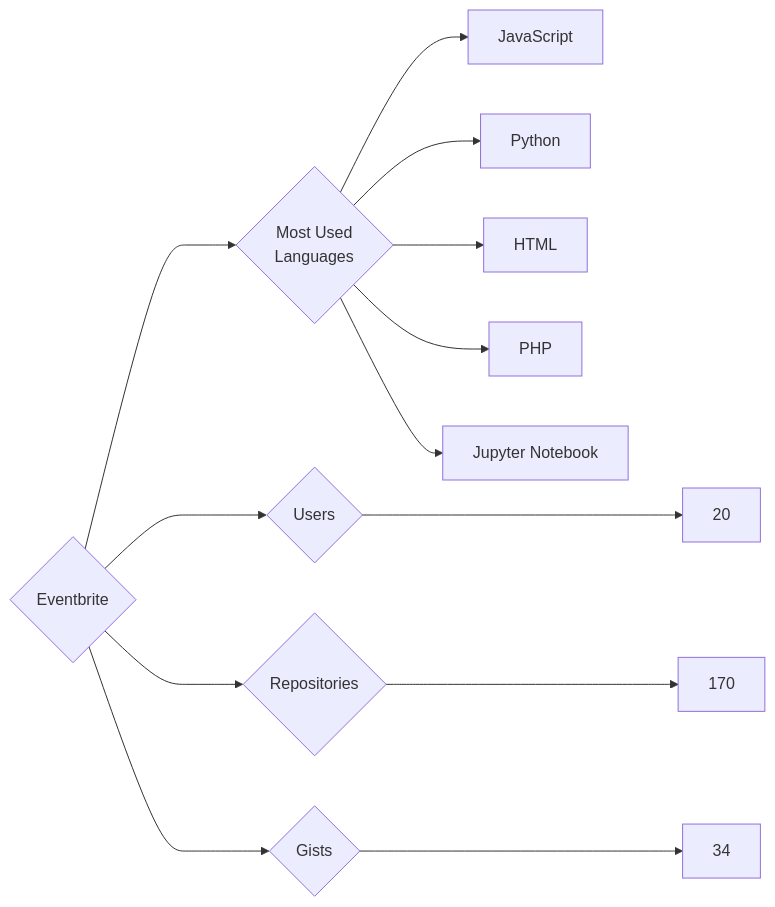
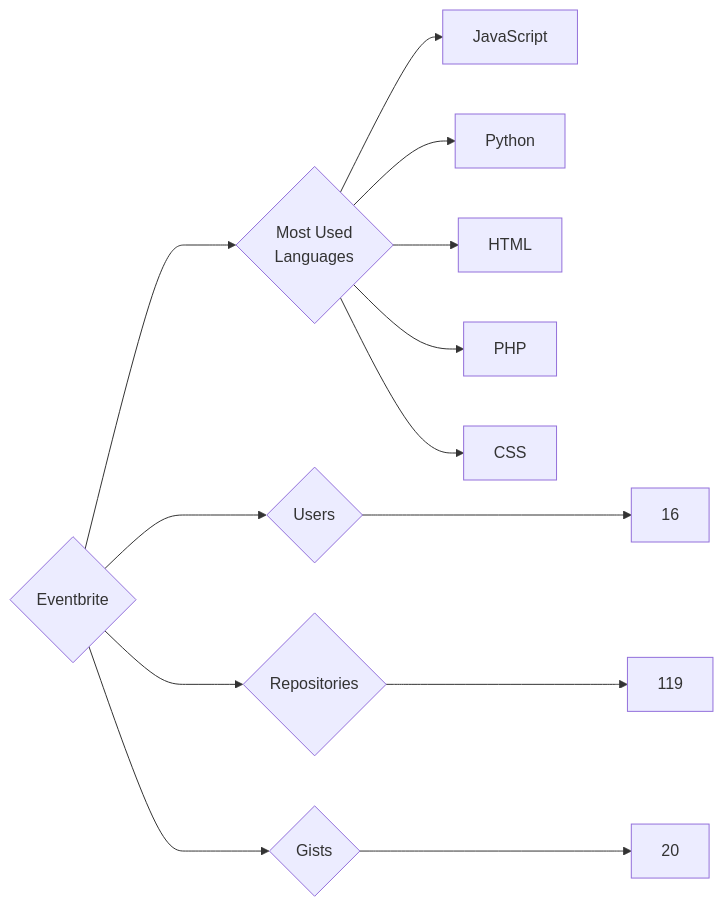
The diagram in targets/Eventbrite/README.md (trickest/insiders), drawn with Mermaid before and after one commit. The commit also changed 633 other files, not shown here.

````diff
--- a/targets/Eventbrite/README.md
+++ b/targets/Eventbrite/README.md
@@ -3,13 +3,13 @@
 ```mermaid
 graph LR
 COMPANY_NAME{Eventbrite}
-COMPANY_NAME ---> U{Users} ---> UN[20]
-COMPANY_NAME ---> R{Repositories} ---> RN[170]
-COMPANY_NAME ---> G{Gists} ---> GN[34]
+COMPANY_NAME ---> U{Users} ---> UN[16]
+COMPANY_NAME ---> R{Repositories} ---> RN[119]
+COMPANY_NAME ---> G{Gists} ---> GN[20]
 COMPANY_NAME ---> ML{Most Used<br>Languages}
 ML --> JavaScript[JavaScript]
 ML --> Python[Python]
 ML --> HTML[HTML]
 ML --> PHP[PHP]
-ML --> Jupyter_Notebook[Jupyter Notebook]
+ML --> CSS[CSS]
 ```
````
